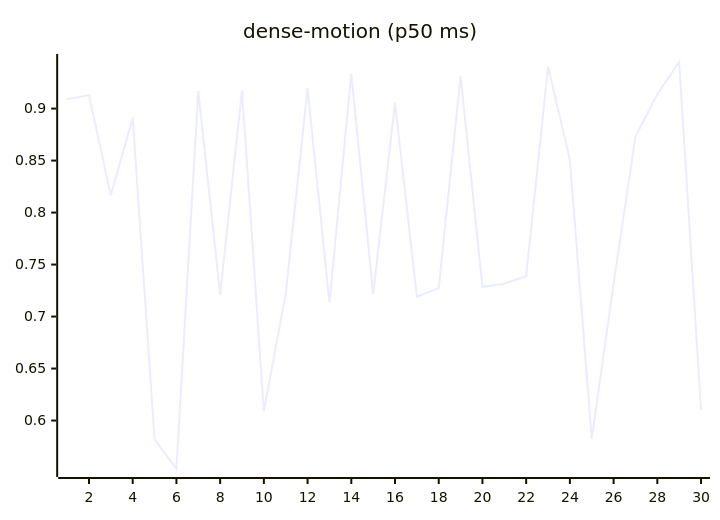
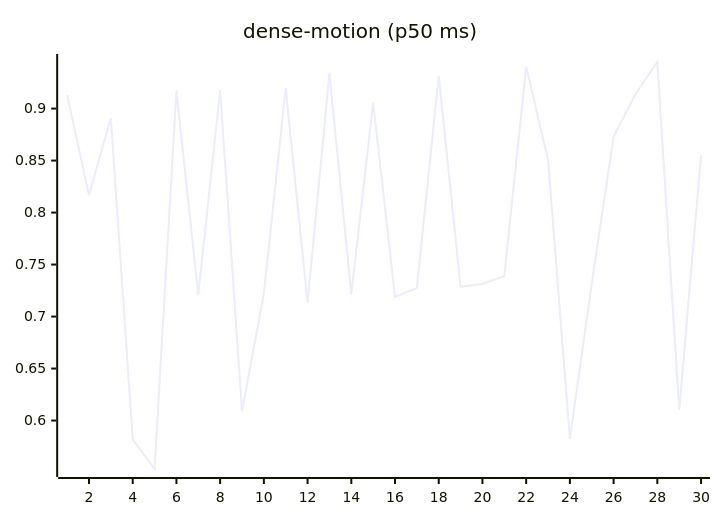
One commit to josha/Facet changed the ninth of 27 diagrams in README.md. Above: the diagram before and after it, drawn with Mermaid. The commit also changed other lines of this file and 2 other files, not shown here.

````diff
--- a/README.md
+++ b/README.md
@@ -119,6 +119,6 @@
 ```mermaid
 xychart-beta
     title "dense-motion (p50 ms)"
     x-axis 1 --> 30
-    line [0.9089, 0.9130, 0.8166, 0.8911, 0.5818, 0.5534, 0.9168, 0.7211, 0.9177, 0.6090, 0.7219, 0.9196, 0.7134, 0.9338, 0.7216, 0.9055, 0.7190, 0.7274, 0.9314, 0.7286, 0.7316, 0.7389, 0.9402, 0.8508, 0.5823, 0.7317, 0.8731, 0.9139, 0.9448, 0.6101]
+    line [0.9130, 0.8166, 0.8911, 0.5818, 0.5534, 0.9168, 0.7211, 0.9177, 0.6090, 0.7219, 0.9196, 0.7134, 0.9338, 0.7216, 0.9055, 0.7190, 0.7274, 0.9314, 0.7286, 0.7316, 0.7389, 0.9402, 0.8508, 0.5823, 0.7317, 0.8731, 0.9139, 0.9448, 0.6101, 0.8549]
 ```
````
